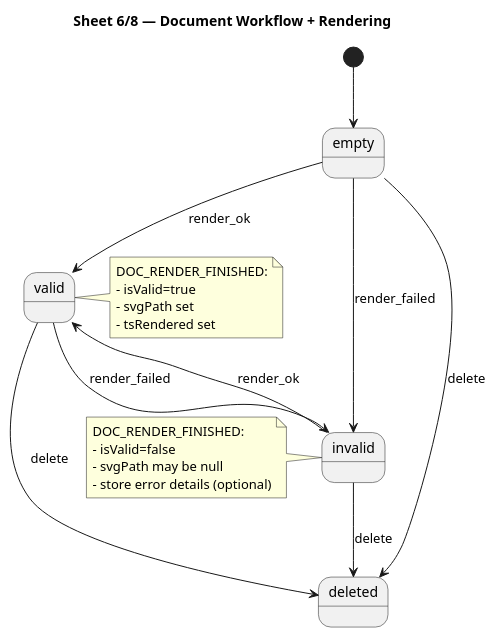
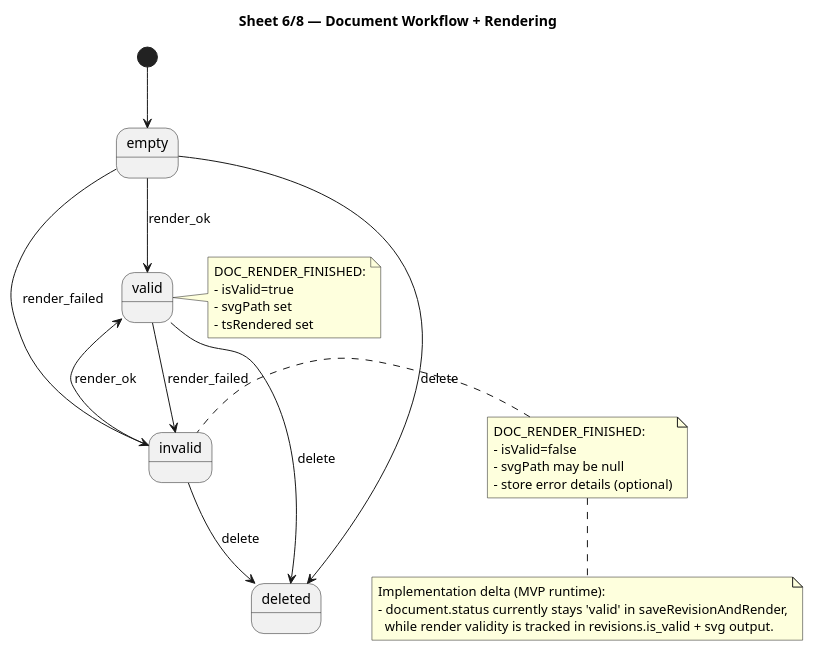
Before and after one commit to proger4/plantuml: the diagram in docs/workflow.puml, drawn with PlantUML. The commit also changed 10 other files, not shown here.

```diff
--- a/docs/workflow.puml
+++ b/docs/workflow.puml
@@ -1,35 +1,41 @@
 @startuml
 title Sheet 6/8 — Document Workflow + Rendering
 
 [*] --> empty
 
 state empty
 state invalid
 state valid
 state deleted
 
 empty --> invalid : render_failed
 empty --> valid   : render_ok
 
 invalid --> valid : render_ok
 valid --> invalid : render_failed
 
 empty --> deleted : delete
 invalid --> deleted : delete
 valid --> deleted : delete
 
 note right of valid
 DOC_RENDER_FINISHED:
 - isValid=true
 - svgPath set
 - tsRendered set
 end note
 
 note left of invalid
 DOC_RENDER_FINISHED:
 - isValid=false
 - svgPath may be null
 - store error details (optional)
 end note
 
+note bottom
+Implementation delta (MVP runtime):
+- document.status currently stays 'valid' in saveRevisionAndRender,
+  while render validity is tracked in revisions.is_valid + svg output.
+end note
+
 @enduml
```
